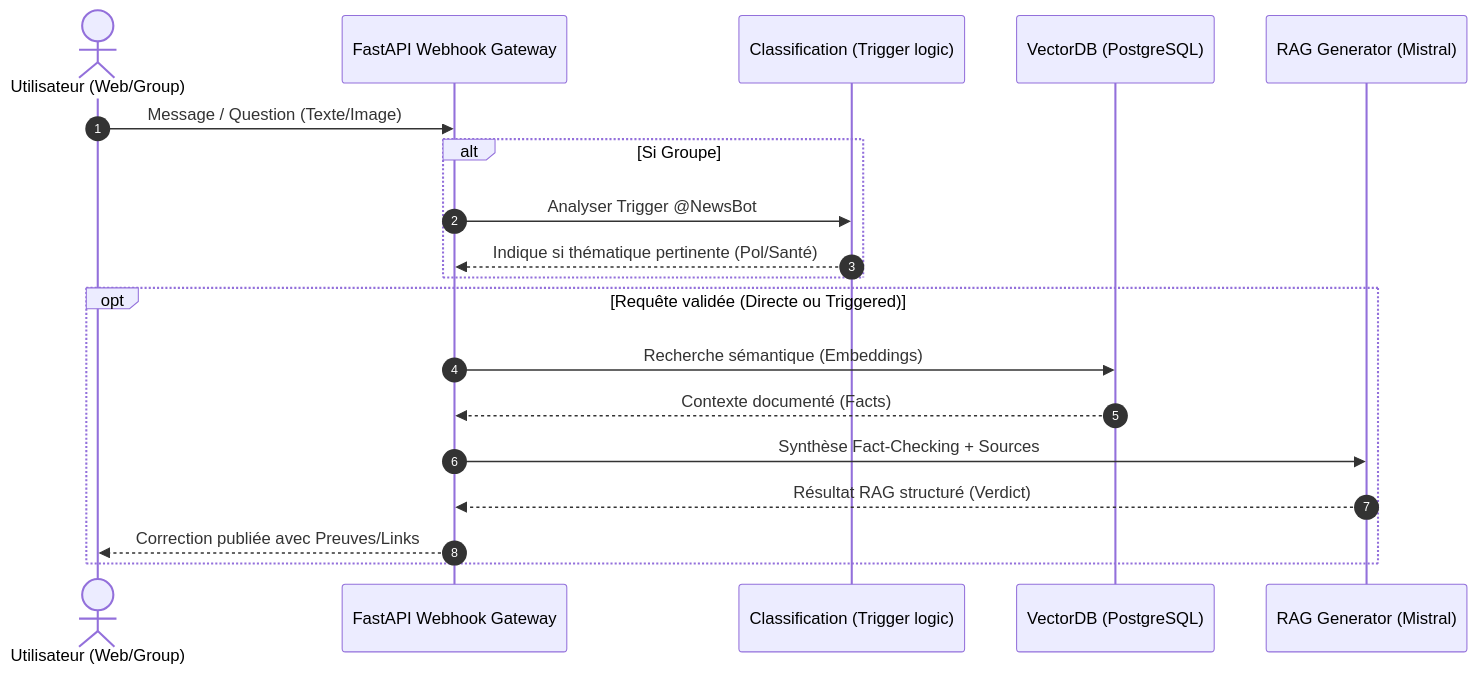
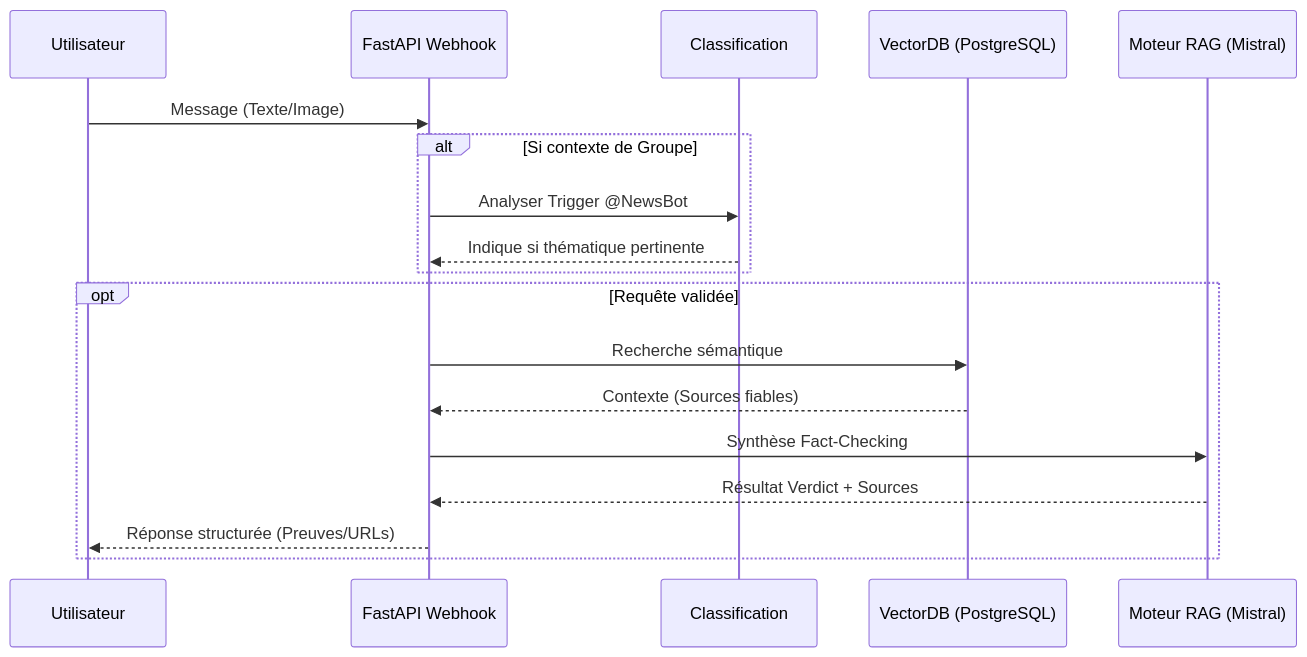
One commit to rooneyi/rdc-news-intelligence changed the diagram in ai-service/docs/Chapitre_4_Redaction.md. Above: the diagram before and after it, drawn with Mermaid. The commit also changed other lines of this file and 24 other files, not shown here.

````diff
--- a/ai-service/docs/Chapitre_4_Redaction.md
+++ b/ai-service/docs/Chapitre_4_Redaction.md
@@ -37,24 +31,23 @@
 ```mermaid
 sequenceDiagram
-    autonumber
-    actor User as Utilisateur (Web/Group)
-    participant WG as FastAPI Webhook Gateway
-    participant Class as Classification (Trigger logic)
+    participant User as Utilisateur
+    participant WG as FastAPI Webhook
+    participant Class as Classification
     participant DB as VectorDB (PostgreSQL)
-    participant RAG as RAG Generator (Mistral)
+    participant RAG as Moteur RAG (Mistral)
 
-    User->>WG: Message / Question (Texte/Image)
+    User->>WG: Message (Texte/Image)
     
-    alt Si Groupe
+    alt Si contexte de Groupe
         WG->>Class: Analyser Trigger @NewsBot
-        Class-->>WG: Indique si thématique pertinente (Pol/Santé)
+        Class-->>WG: Indique si thématique pertinente
     end
     
-    opt Requête validée (Directe ou Triggered)
-        WG->>DB: Recherche sémantique (Embeddings)
-        DB-->>WG: Contexte documenté (Facts)
-        WG->>RAG: Synthèse Fact-Checking + Sources
-        RAG-->>WG: Résultat RAG structuré (Verdict)
-        WG-->>User: Correction publiée avec Preuves/Links
+    opt Requête validée
+        WG->>DB: Recherche sémantique
+        DB-->>WG: Contexte (Sources fiables)
+        WG->>RAG: Synthèse Fact-Checking
+        RAG-->>WG: Résultat Verdict + Sources
+        WG-->>User: Réponse structurée (Preuves/URLs)
     end
 ```
````
